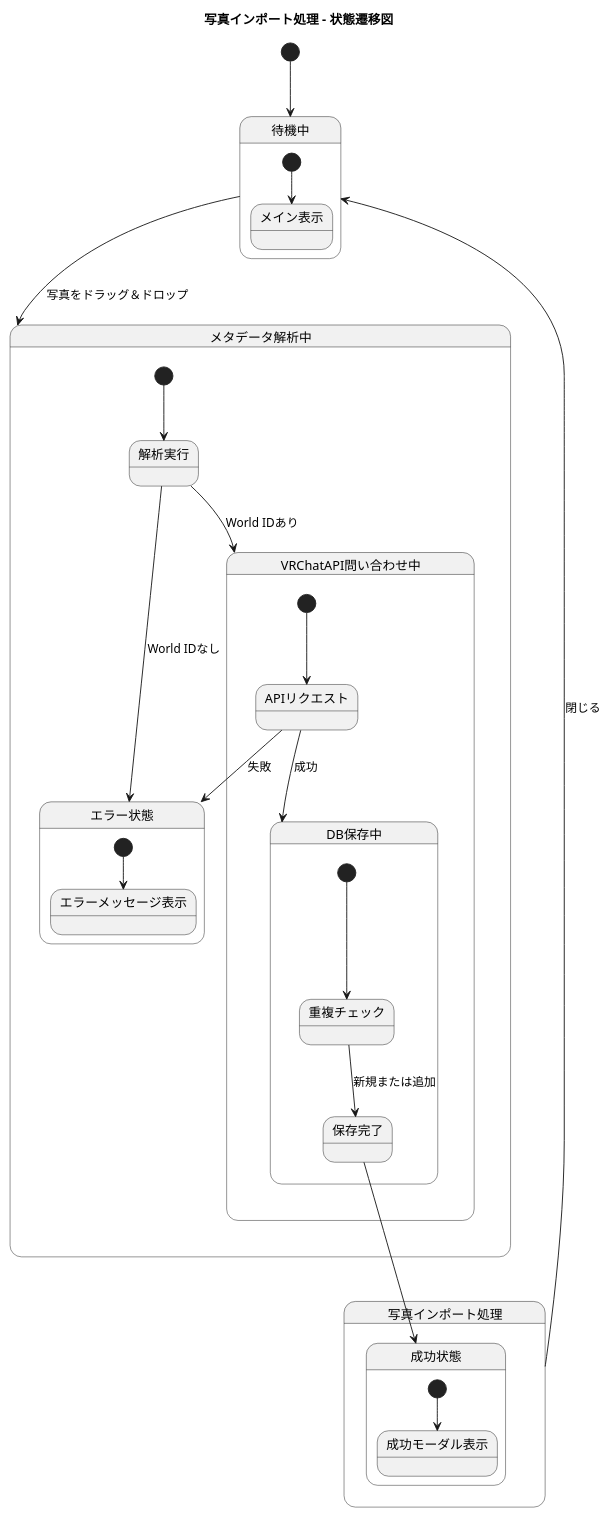
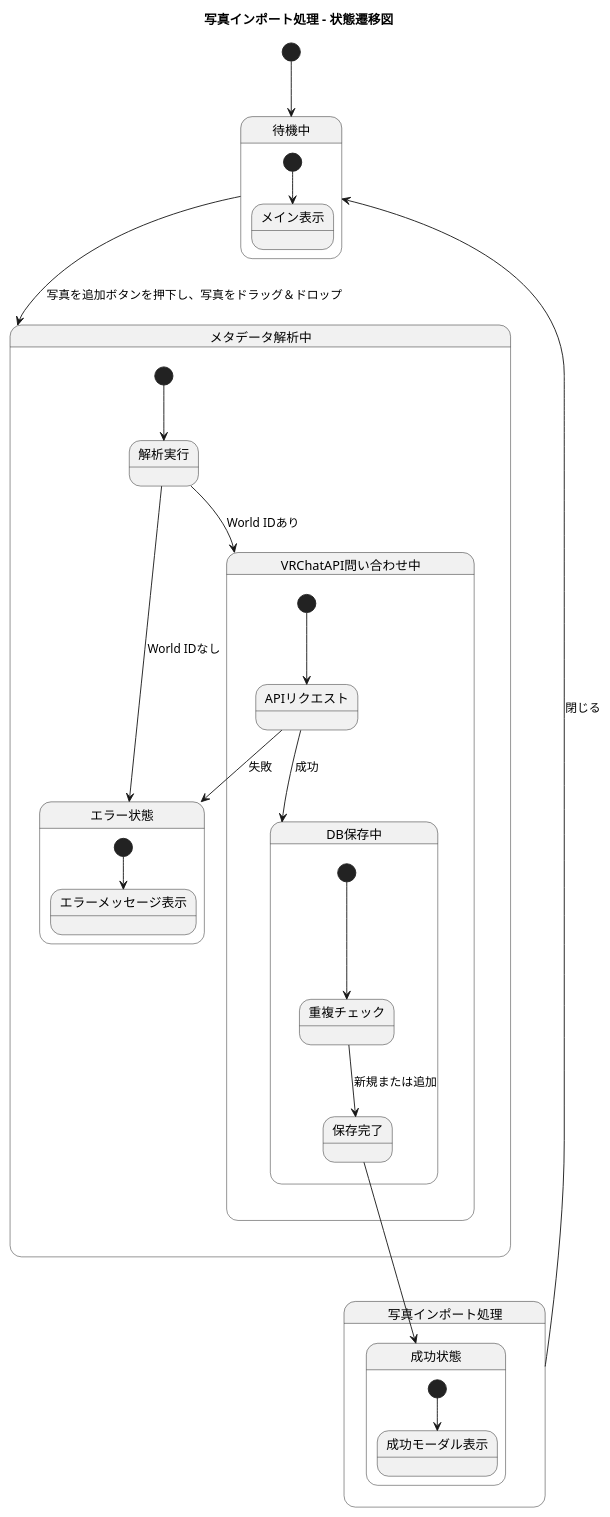
Before and after one commit to yamato3010/vrchat-world-manager: the diagram in docs/state_diagrams/写真インポート状態遷移図.puml, drawn with PlantUML. The commit also changed 2 other files, not shown here.

Commit message:
docs: 📝 状態遷移図を微修正

```diff
--- a/docs/state_diagrams/写真インポート状態遷移図.puml
+++ b/docs/state_diagrams/写真インポート状態遷移図.puml
@@ -1,45 +1,45 @@
 @startuml 写真インポート状態遷移図
 
 title 写真インポート処理 - 状態遷移図
 
 [*] --> 待機中
 
 state 待機中 {
   [*] --> メイン表示
 }
 
-待機中 --> メタデータ解析中 : 写真をドラッグ＆ドロップ
+待機中 --> メタデータ解析中 : 写真を追加ボタンを押下し、写真をドラッグ＆ドロップ
 
 state "写真インポート処理" as PhotoImport {
   
   state メタデータ解析中 {
     [*] --> 解析実行
     解析実行 --> VRChatAPI問い合わせ中 : World IDあり
     解析実行 --> エラー状態 : World IDなし
   }
 
   state VRChatAPI問い合わせ中 {
     [*] --> APIリクエスト
     APIリクエスト --> DB保存中 : 成功
     APIリクエスト --> エラー状態 : 失敗
   }
 
   state DB保存中 {
     [*] --> 重複チェック
     重複チェック --> 保存完了 : 新規または追加
   }
 
   state エラー状態 {
     [*] --> エラーメッセージ表示
   }
 
   state 成功状態 {
     [*] --> 成功モーダル表示
   }
 
   保存完了 --> 成功状態
 }
 
 PhotoImport --> 待機中 : 閉じる
 
 @enduml
```
